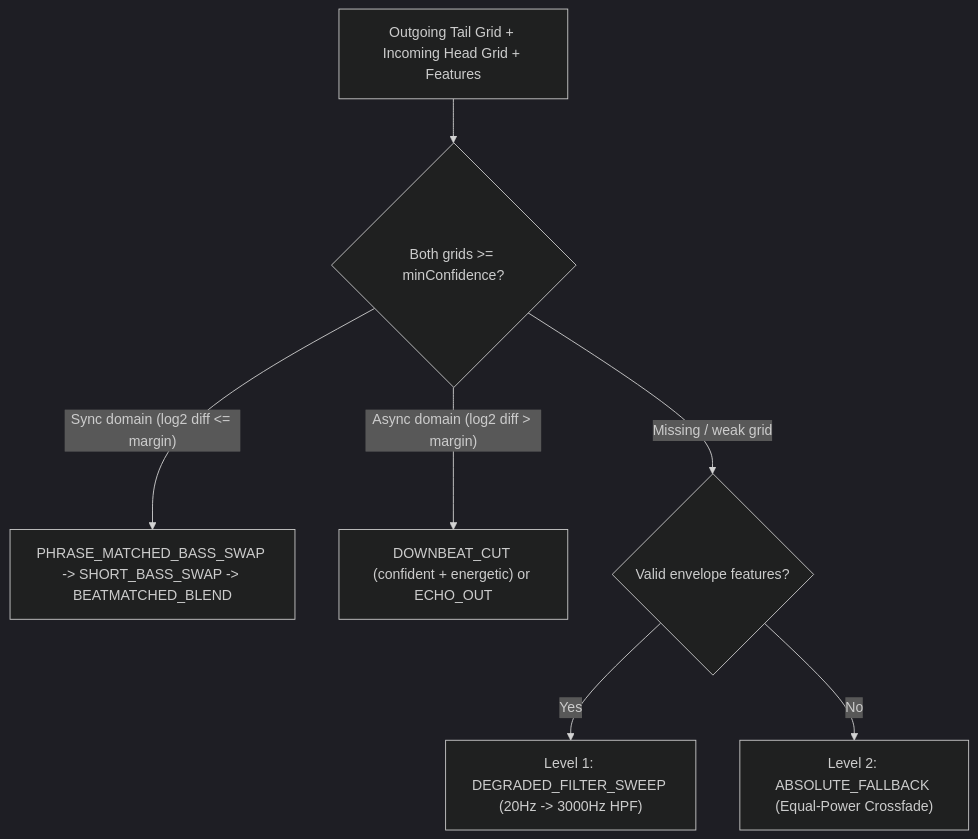
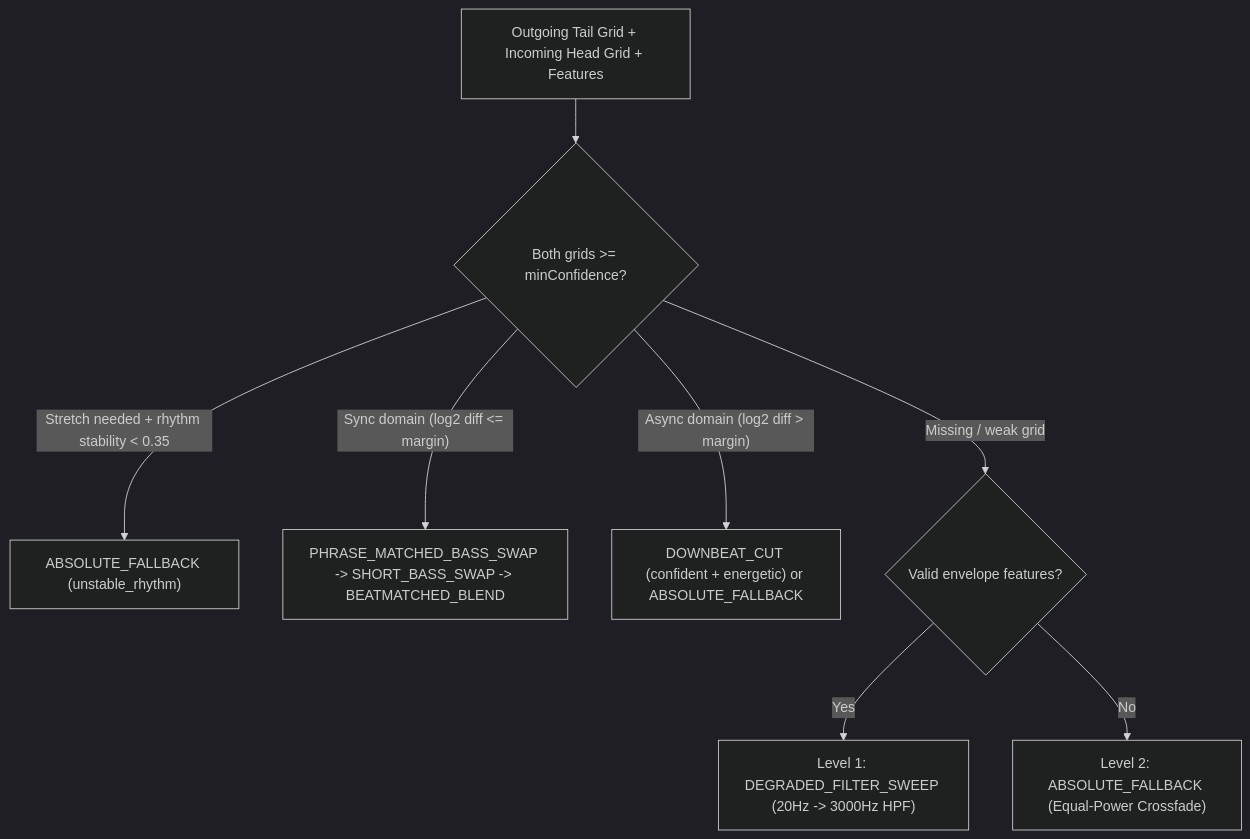
Before and after one commit to mochilabs/lavalink_mixer: the second of 2 diagrams in docs/architecture.ko.md, drawn with Mermaid (dark theme). The commit also changed other lines of this file and 27 other files, not shown here.

````diff
--- a/docs/architecture.ko.md
+++ b/docs/architecture.ko.md
@@ -126,9 +128,10 @@
 ```mermaid
 flowchart TD
     In["Outgoing Tail Grid + Incoming Head Grid + Features"] --> L0{"Both grids >= minConfidence?"}
+    L0 -->|"Stretch needed + rhythm stability < 0.35"| Plain["ABSOLUTE_FALLBACK (unstable_rhythm)"]
     L0 -->|"Sync domain (log2 diff <= margin)"| Sync["PHRASE_MATCHED_BASS_SWAP -> SHORT_BASS_SWAP -> BEATMATCHED_BLEND"]
-    L0 -->|"Async domain (log2 diff > margin)"| Async["DOWNBEAT_CUT (confident + energetic) or ECHO_OUT"]
+    L0 -->|"Async domain (log2 diff > margin)"| Async["DOWNBEAT_CUT (confident + energetic) or ABSOLUTE_FALLBACK"]
     L0 -->|"Missing / weak grid"| L1{"Valid envelope features?"}
     L1 -->|"Yes"| Sweep["Level 1: DEGRADED_FILTER_SWEEP (20Hz -> 3000Hz HPF)"]
     L1 -->|"No"| Fallback["Level 2: ABSOLUTE_FALLBACK (Equal-Power Crossfade)"]
 ```
````
